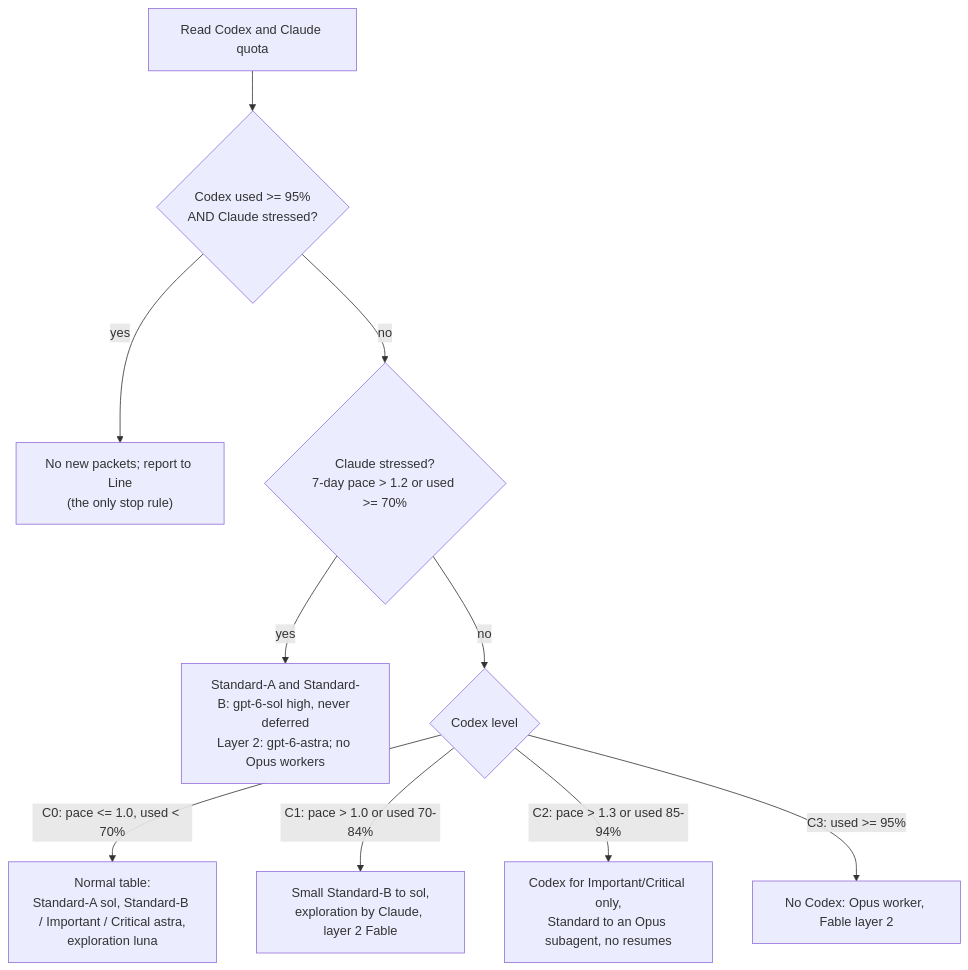
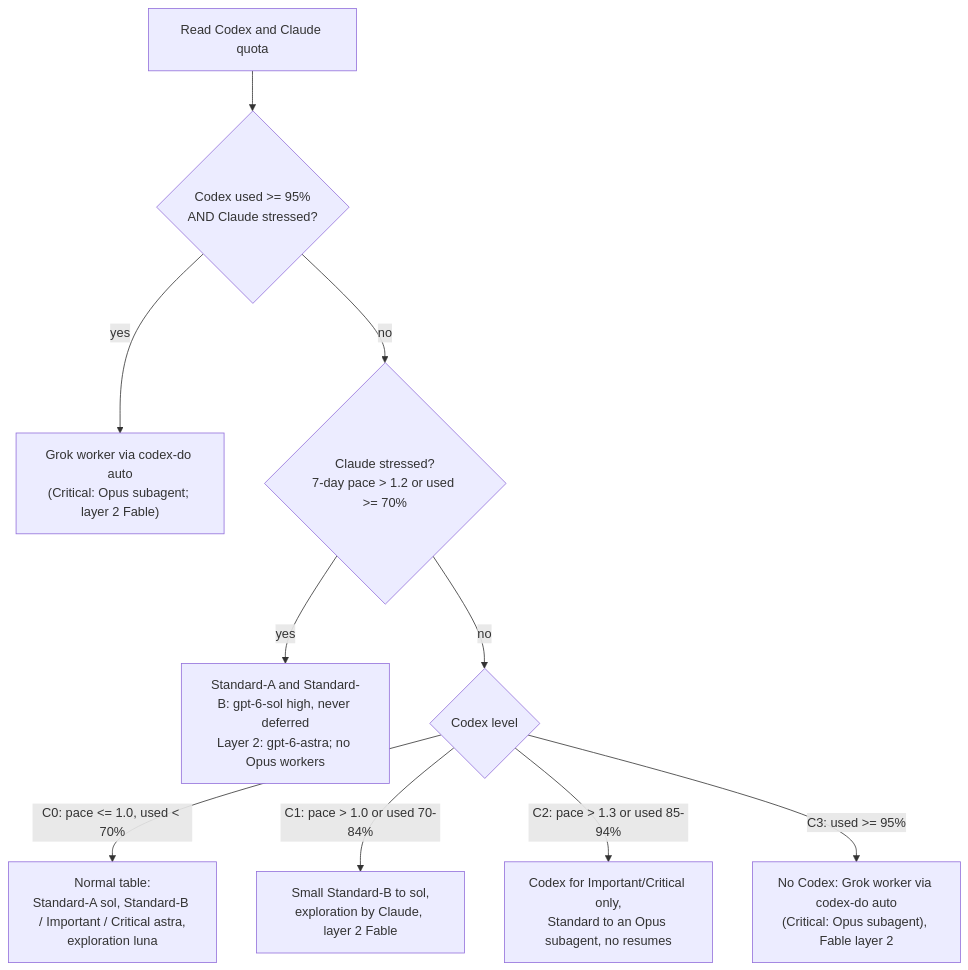
Before and after one commit to LineLuLan/line-harness: the second of 3 diagrams in README.md, drawn with Mermaid. The commit also changed other lines of this file and 28 other files, not shown here.

First line of the commit message:
Grok engine for codex-do and codex-review, engine swap, account switching docs

````diff
--- a/README.md
+++ b/README.md
@@ -48,12 +48,12 @@
 ```mermaid
 flowchart TD
     Q["Read Codex and Claude quota"] --> X{"Codex used >= 95%<br/>AND Claude stressed?"}
-    X -- yes --> STOP["No new packets; report to Line<br/>(the only stop rule)"]
+    X -- yes --> GROK["Grok worker via codex-do auto<br/>(Critical: Opus subagent; layer 2 Fable)"]
     X -- no --> Y{"Claude stressed?<br/>7-day pace > 1.2 or used >= 70%"}
     Y -- yes --> BOTH["Standard-A and Standard-B: gpt-6-sol high, never deferred<br/>Layer 2: gpt-6-astra; no Opus workers"]
     Y -- no --> Z{"Codex level"}
     Z -- "C0: pace <= 1.0, used < 70%" --> N0["Normal table:<br/>Standard-A sol, Standard-B / Important / Critical astra,<br/>exploration luna"]
     Z -- "C1: pace > 1.0 or used 70-84%" --> N1["Small Standard-B to sol,<br/>exploration by Claude, layer 2 Fable"]
     Z -- "C2: pace > 1.3 or used 85-94%" --> N2["Codex for Important/Critical only,<br/>Standard to an Opus subagent, no resumes"]
-    Z -- "C3: used >= 95%" --> N3["No Codex: Opus worker, Fable layer 2"]
+    Z -- "C3: used >= 95%" --> N3["No Codex: Grok worker via codex-do auto<br/>(Critical: Opus subagent), Fable layer 2"]
 ```
````
